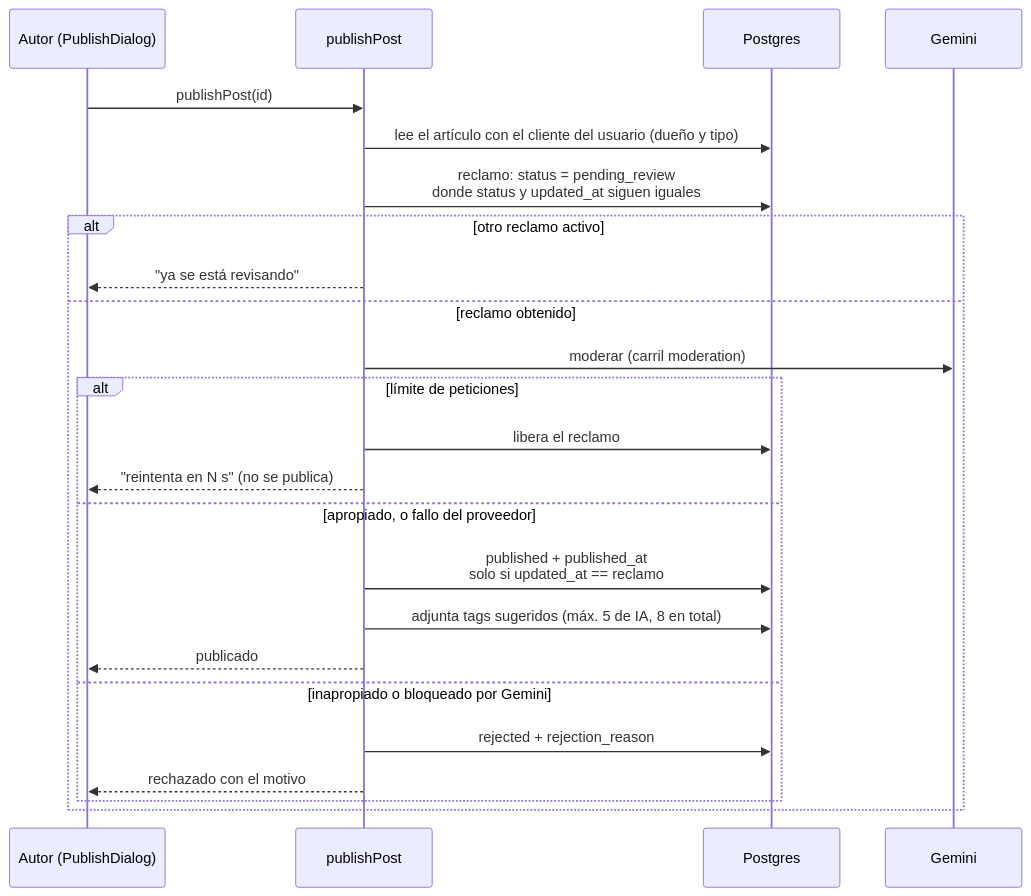
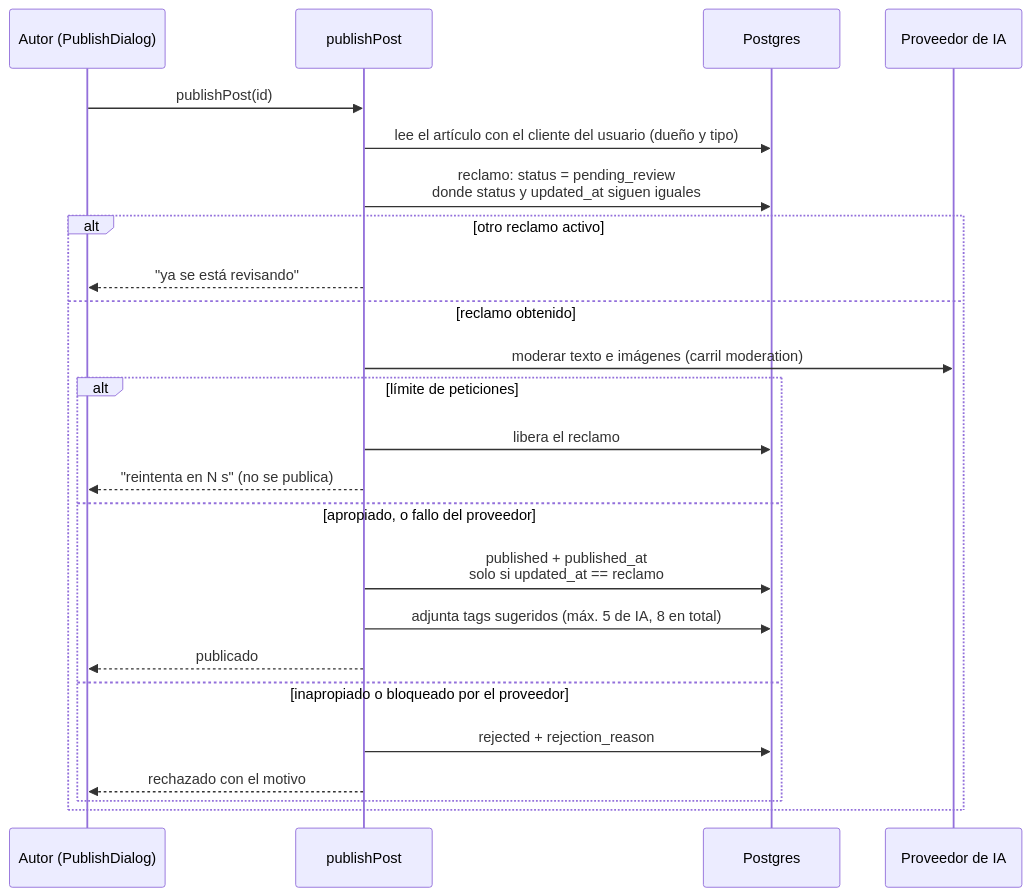
The second of 3 diagrams in docs/architecture/overview.md (dylan-tovar/blog-ia), drawn with Mermaid before and after one commit. The commit also changed other lines of this file and 2 other files, not shown here.

First line of the commit message:
docs(architecture): reflect route rename, notifications and discovery

````diff
--- a/docs/architecture/overview.md
+++ b/docs/architecture/overview.md
@@ -157,26 +164,26 @@
 ```mermaid
 sequenceDiagram
   participant A as Autor (PublishDialog)
   participant S as publishPost
   participant D as Postgres
-  participant G as Gemini
+  participant G as Proveedor de IA
   A->>S: publishPost(id)
   S->>D: lee el artículo con el cliente del usuario (dueño y tipo)
   S->>D: reclamo: status = pending_review<br/>donde status y updated_at siguen iguales
   alt otro reclamo activo
     S-->>A: "ya se está revisando"
   else reclamo obtenido
-    S->>G: moderar (carril moderation)
+    S->>G: moderar texto e imágenes (carril moderation)
     alt límite de peticiones
       S->>D: libera el reclamo
       S-->>A: "reintenta en N s" (no se publica)
     else apropiado, o fallo del proveedor
       S->>D: published + published_at<br/>solo si updated_at == reclamo
       S->>D: adjunta tags sugeridos (máx. 5 de IA, 8 en total)
       S-->>A: publicado
-    else inapropiado o bloqueado por Gemini
+    else inapropiado o bloqueado por el proveedor
       S->>D: rejected + rejection_reason
       S-->>A: rechazado con el motivo
     end
   end
 ```
````
